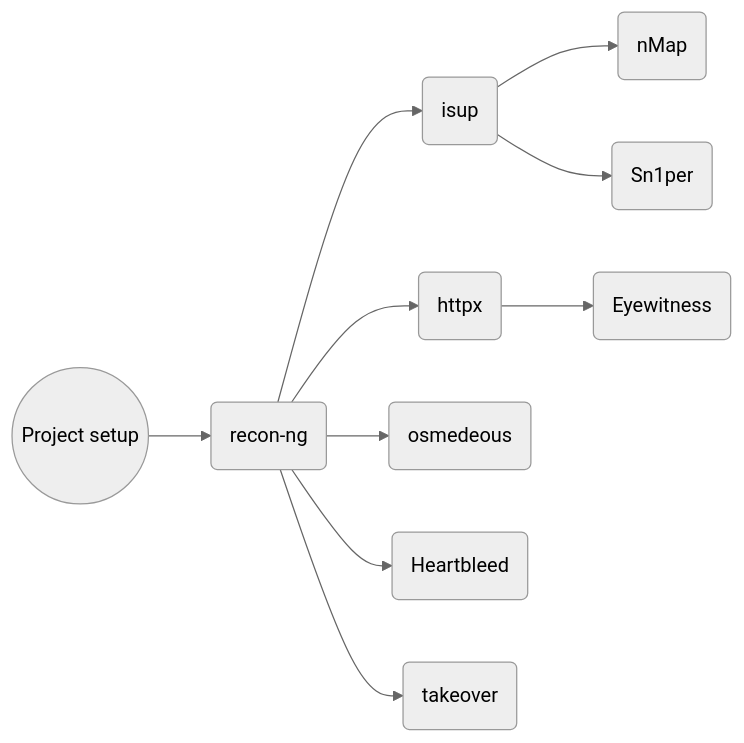
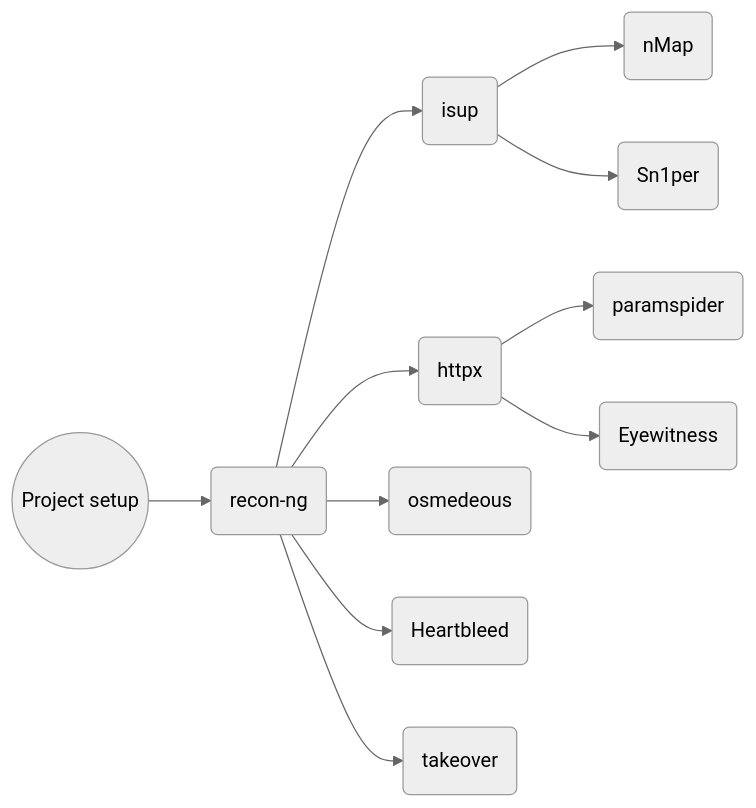
Before and after one commit to ranjbarhadi/Bug-bounty-methodology: the diagram in README.md, drawn with Mermaid (neutral theme). The commit also changed other lines of this file, not shown here.

````diff
--- a/README.md
+++ b/README.md
@@ -5,12 +5,13 @@
 ```mermaid
 graph LR
 A((Project setup)) --> B(recon-ng)
 B --> C(isup)
 C --> D(nMap)
 C --> F(Sn1per)
 B --> E(httpx)
+E --> K(paramspider)
 E --> G(Eyewitness)
 B --> H(osmedeous)
 B --> I(Heartbleed)
 B --> J(takeover)
 ```
````
